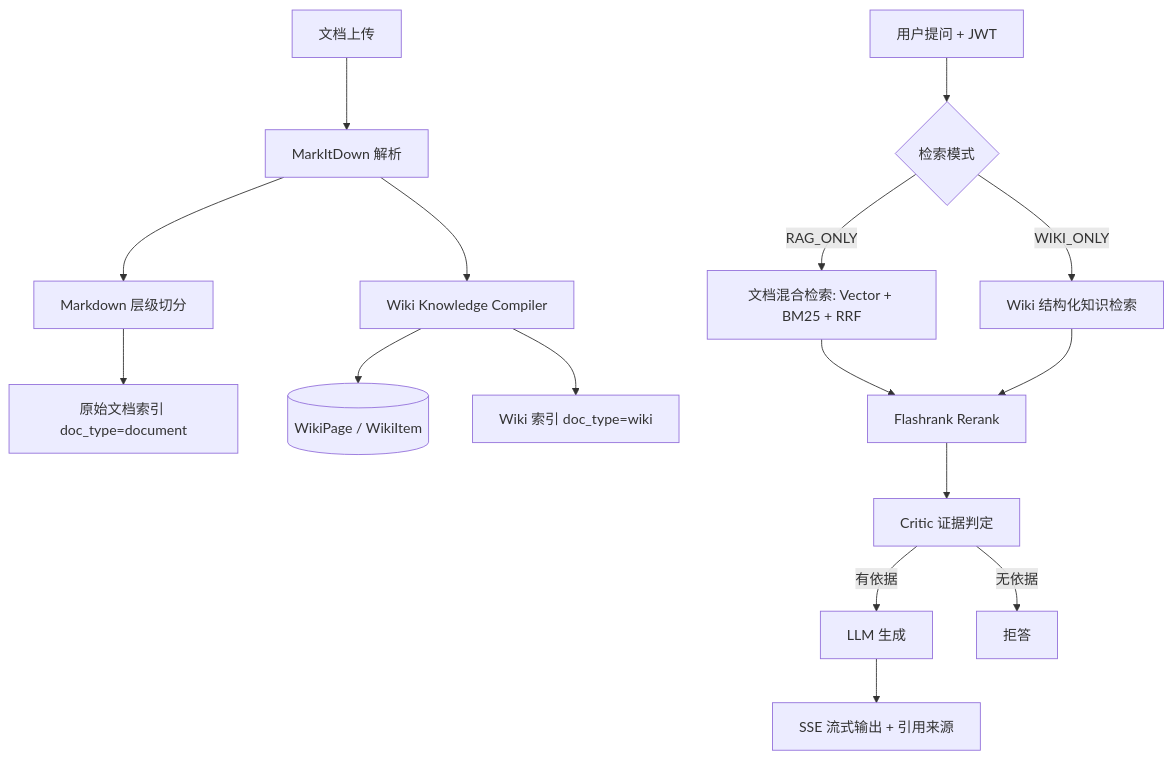
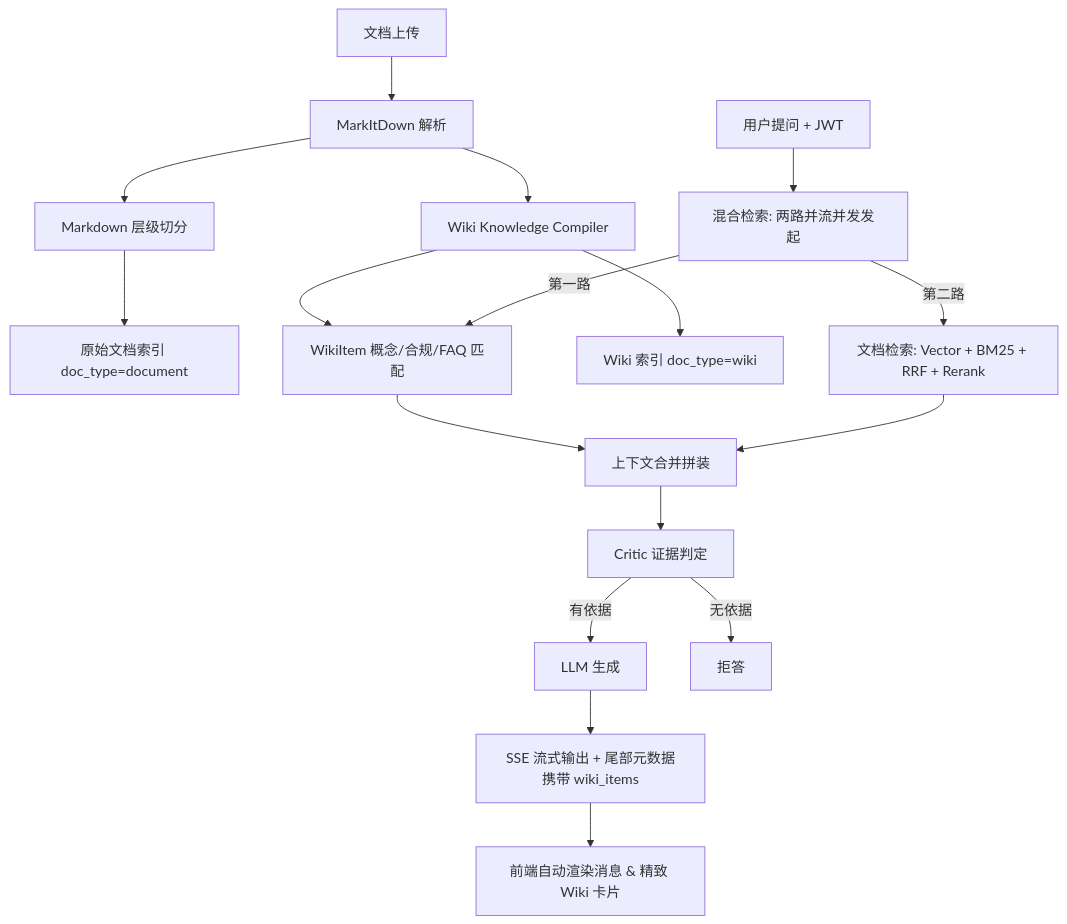
One commit to Autumn8001/Rag changed the diagram in README.md. Above: the diagram before and after it, drawn with Mermaid. The commit also changed other lines of this file and 2 other files, not shown here.

````diff
--- a/README.md
+++ b/README.md
@@ -114,19 +112,20 @@
 ```mermaid
 graph TD
     Upload[文档上传] --> Parse[MarkItDown 解析]
     Parse --> Split[Markdown 层级切分]
     Split --> DocIndex[原始文档索引 doc_type=document]
     Parse --> WikiCompiler[Wiki Knowledge Compiler]
     WikiCompiler --> WikiDB[(WikiPage / WikiItem)]
     WikiCompiler --> WikiIndex[Wiki 索引 doc_type=wiki]
 
-    User[用户提问 + JWT] --> Mode{检索模式}
-    Mode -->|RAG_ONLY| DocRetriever[文档混合检索: Vector + BM25 + RRF]
-    Mode -->|WIKI_ONLY| WikiRetriever[Wiki 结构化知识检索]
-    DocRetriever --> Rerank[Flashrank Rerank]
-    WikiRetriever --> Rerank
-    Rerank --> Critic[Critic 证据判定]
+    User[用户提问 + JWT] --> HybridRetrieval[混合检索: 两路并流并发发起]
+    HybridRetrieval -->|第一路| WikiDB[WikiItem 概念/合规/FAQ 匹配]
+    HybridRetrieval -->|第二路| DocRetriever[文档检索: Vector + BM25 + RRF + Rerank]
+    WikiDB --> ContextMerge[上下文合并拼装]
+    DocRetriever --> ContextMerge
+    ContextMerge --> Critic[Critic 证据判定]
     Critic -->|有依据| LLM[LLM 生成]
     Critic -->|无依据| Refusal[拒答]
-    LLM --> SSE[SSE 流式输出 + 引用来源]
+    LLM --> SSE[SSE 流式输出 + 尾部元数据携带 wiki_items]
+    SSE --> FrontEnd[前端自动渲染消息 & 精致 Wiki 卡片]
 ```
````
